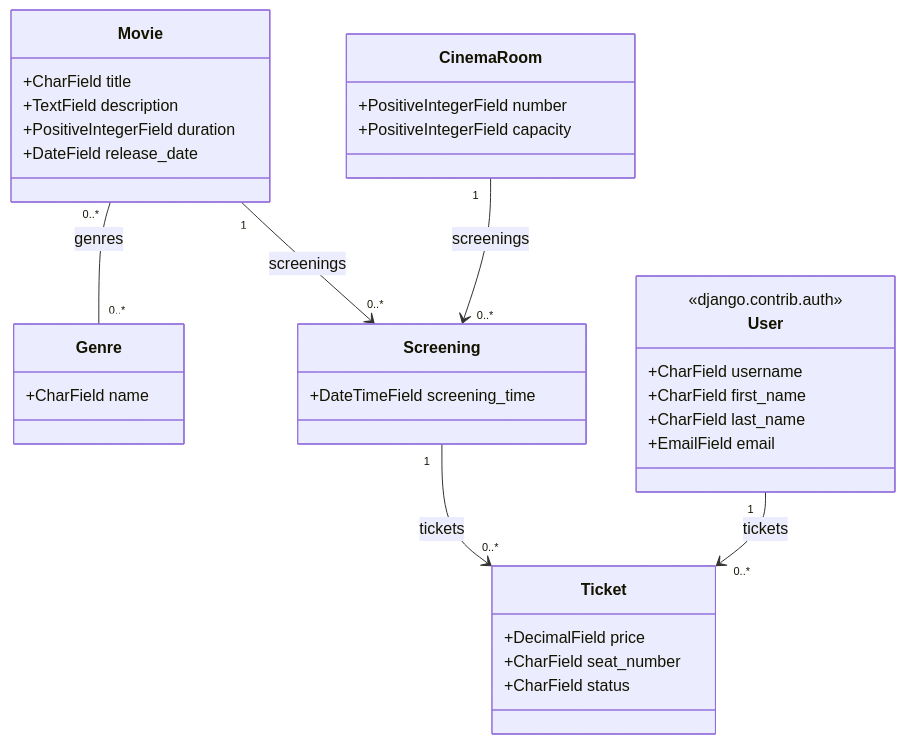
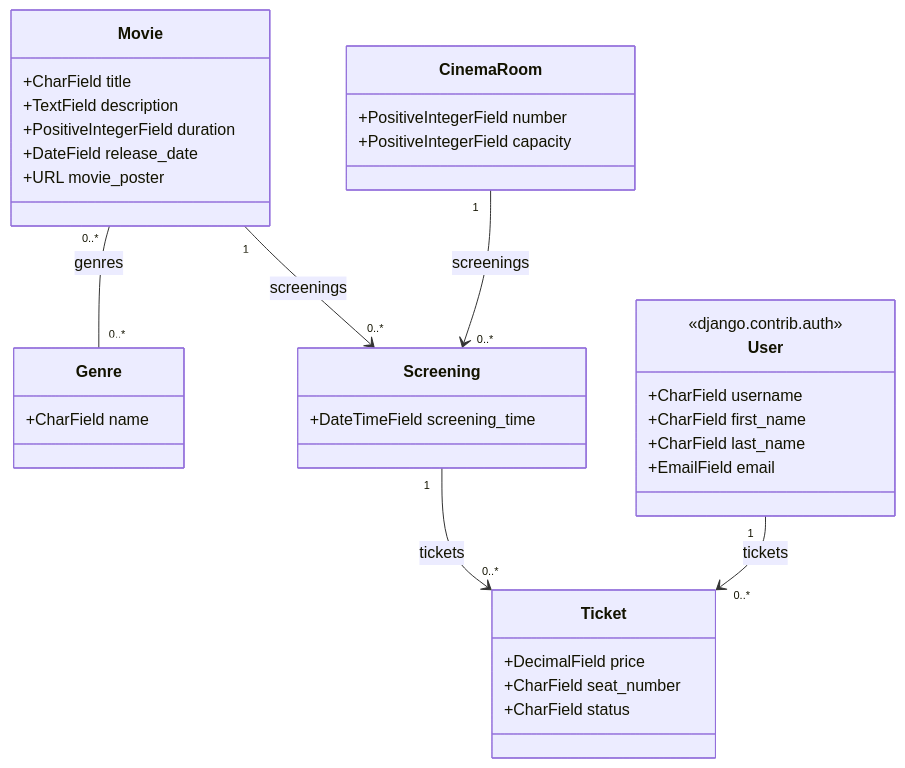
Before and after one commit to augustin-d2L/django_cinema_project: the diagram in Readme.md, drawn with Mermaid. The commit also changed 7 other files, not shown here.

Commit message:
added pages decorated base.html and made contact.html + tweaked Movie model to add a field for url

````diff
--- a/Readme.md
+++ b/Readme.md
@@ -22,42 +22,43 @@
 ```mermaid
 classDiagram
     class Genre {
         +CharField name
     }
 
     class Movie {
         +CharField title
         +TextField description
         +PositiveIntegerField duration
         +DateField release_date
+        +URL movie_poster
     }
 
     class CinemaRoom {
         +PositiveIntegerField number
         +PositiveIntegerField capacity
     }
 
     class Screening {
         +DateTimeField screening_time
     }
 
     class Ticket {
         +DecimalField price
         +CharField seat_number
         +CharField status
     }
 
     class User {
         <<django.contrib.auth>>
         +CharField username
         +CharField first_name
         +CharField last_name
         +EmailField email
     }
 
     Movie "0..*" -- "0..*" Genre : genres
     Movie "1" --> "0..*" Screening : screenings
     CinemaRoom "1" --> "0..*" Screening : screenings
     Screening "1" --> "0..*" Ticket : tickets
     User "1" --> "0..*" Ticket : tickets
 ```
````
